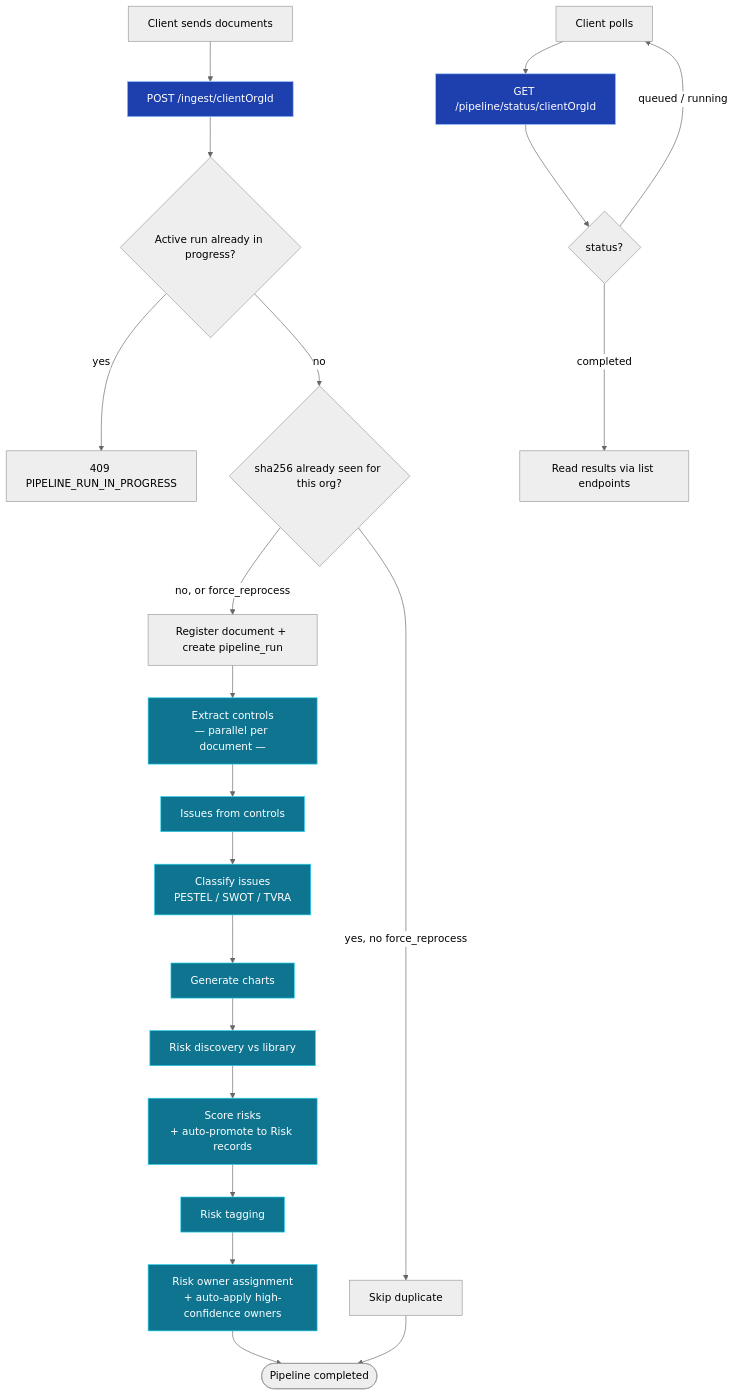
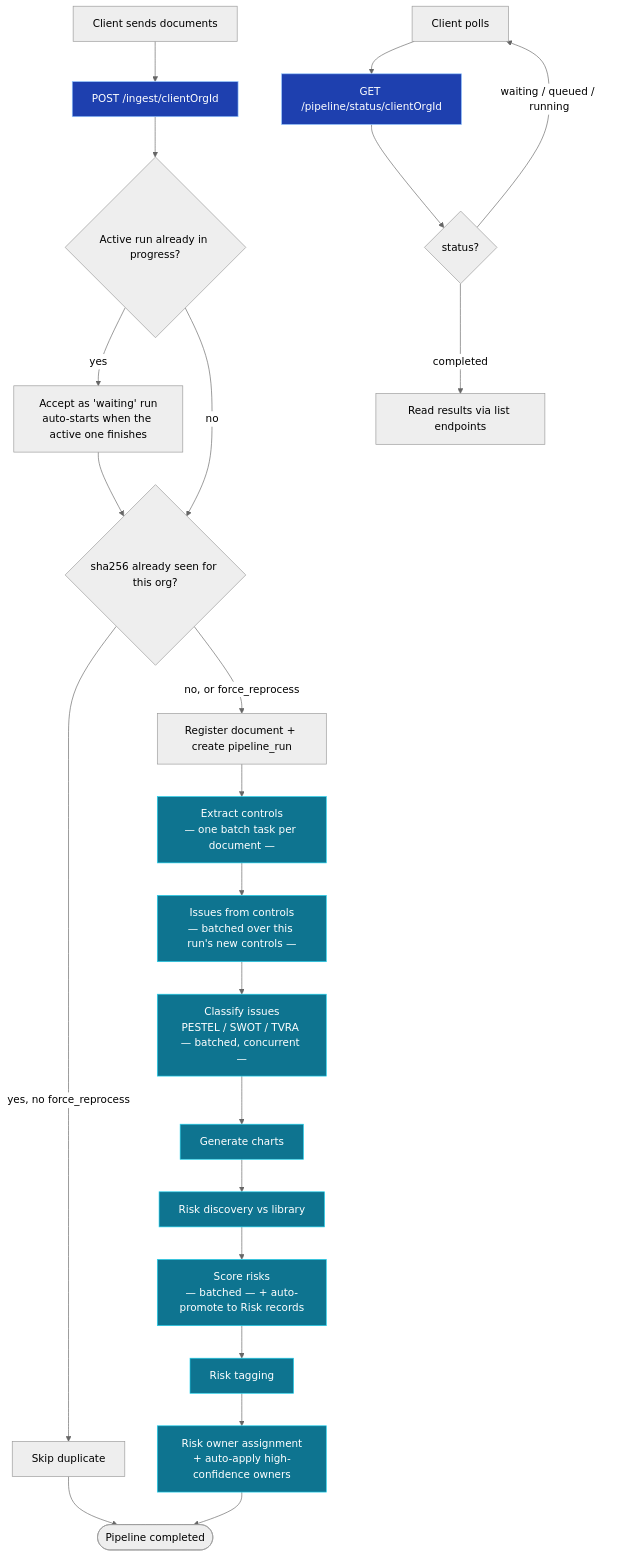
The first of 3 diagrams in mint-docs/flow/00-automated-ingest-pipeline.mdx (Rajman1221/iso-robot), drawn with Mermaid (neutral theme) before and after one commit. The commit also changed other lines of this file and 11 other files, not shown here.

````diff
--- a/mint-docs/flow/00-automated-ingest-pipeline.mdx
+++ b/mint-docs/flow/00-automated-ingest-pipeline.mdx
@@ -26,29 +26,30 @@
 ```mermaid
 flowchart TD
     A[Client sends documents] --> B[POST /ingest/clientOrgId]
     B --> C{Active run already in progress?}
-    C -- yes --> REJECT[409 PIPELINE_RUN_IN_PROGRESS]
+    C -- yes --> WAIT[Accept as 'waiting' run<br/>auto-starts when the active one finishes]
     C -- no --> D{sha256 already seen for this org?}
+    WAIT --> D
     D -- "yes, no force_reprocess" --> SKIP[Skip duplicate]
     D -- "no, or force_reprocess" --> E[Register document + create pipeline_run]
-    E --> F[Extract controls<br/>— parallel per document —]
-    F --> G[Issues from controls]
-    G --> H[Classify issues<br/>PESTEL / SWOT / TVRA]
+    E --> F[Extract controls<br/>— one batch task per document —]
+    F --> G[Issues from controls<br/>— batched over this run's new controls —]
+    G --> H[Classify issues<br/>PESTEL / SWOT / TVRA — batched, concurrent —]
     H --> I[Generate charts]
     I --> J[Risk discovery vs library]
-    J --> K[Score risks<br/>+ auto-promote to Risk records]
+    J --> K[Score risks<br/>— batched — + auto-promote to Risk records]
     K --> L[Risk tagging]
     L --> R[Risk owner assignment<br/>+ auto-apply high-confidence owners]
     R --> M([Pipeline completed])
     SKIP --> M
 
     N[Client polls] --> O[GET /pipeline/status/clientOrgId]
     O --> P{status?}
-    P -- "queued / running" --> N
+    P -- "waiting / queued / running" --> N
     P -- completed --> Q[Read results via list endpoints]
 
     classDef api fill:#1e40af,stroke:#93c5fd,color:#fff
     classDef stage fill:#0E7490,stroke:#22D3EE,color:#fff
     class B,O api
     class F,G,H,I,J,K,L,R stage
 ```
````
